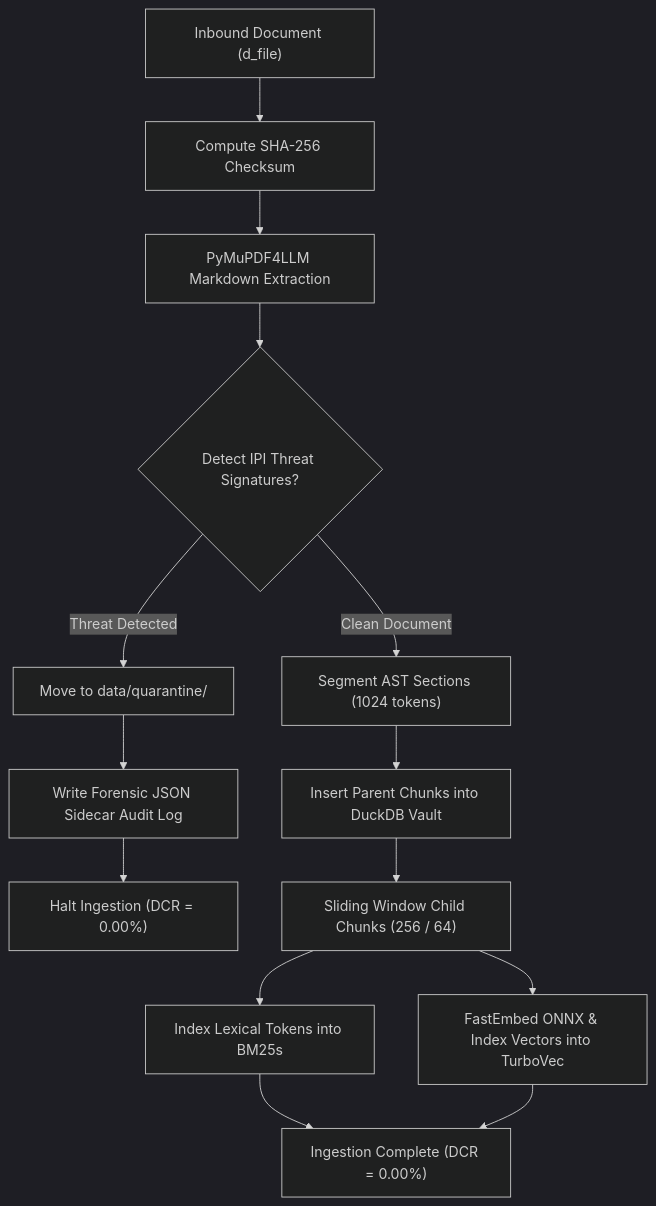
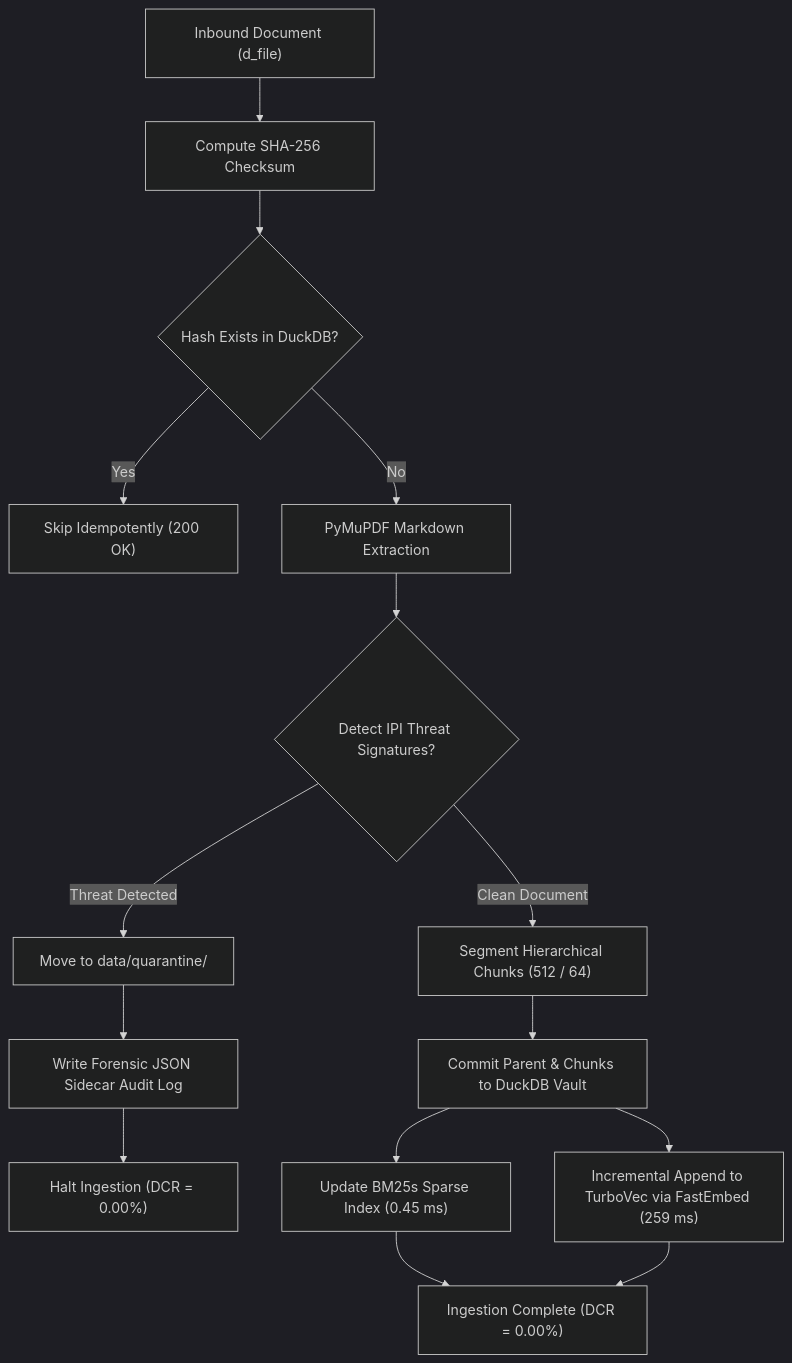
Before and after one commit to uehera/RAGnarok: the second of 4 diagrams in notes/report/algorithm.md, drawn with Mermaid (dark theme). The commit also changed other lines of this file and 14 other files, not shown here.

Commit message:
docs: overhaul setup guide, architectural blueprints, research reports, and main README

````diff
--- a/notes/report/algorithm.md
+++ b/notes/report/algorithm.md
@@ -94,16 +102,17 @@
 ```mermaid
 flowchart TD
     A["Inbound Document (d_file)"] --> B["Compute SHA-256 Checksum"]
-    B --> C["PyMuPDF4LLM Markdown Extraction"]
-    C --> D{"Detect IPI Threat Signatures?"}
-    D -- "Threat Detected" --> E["Move to data/quarantine/"]
-    E --> F["Write Forensic JSON Sidecar Audit Log"]
-    F --> G["Halt Ingestion (DCR = 0.00%)"]
-    D -- "Clean Document" --> H["Segment AST Sections (1024 tokens)"]
-    H --> I["Insert Parent Chunks into DuckDB Vault"]
-    I --> J["Sliding Window Child Chunks (256 / 64)"]
-    J --> K["Index Lexical Tokens into BM25s"]
-    J --> L["FastEmbed ONNX & Index Vectors into TurboVec"]
-    K --> M["Ingestion Complete (DCR = 0.00%)"]
-    L --> M
+    B --> C{"Hash Exists in DuckDB?"}
+    C -- "Yes" --> D["Skip Idempotently (200 OK)"]
+    C -- "No" --> E["PyMuPDF Markdown Extraction"]
+    E --> F{"Detect IPI Threat Signatures?"}
+    F -- "Threat Detected" --> G["Move to data/quarantine/"]
+    G --> H["Write Forensic JSON Sidecar Audit Log"]
+    H --> I["Halt Ingestion (DCR = 0.00%)"]
+    F -- "Clean Document" --> J["Segment Hierarchical Chunks (512 / 64)"]
+    J --> K["Commit Parent & Chunks to DuckDB Vault"]
+    K --> L["Update BM25s Sparse Index (0.45 ms)"]
+    K --> M["Incremental Append to TurboVec via FastEmbed (259 ms)"]
+    L --> N["Ingestion Complete (DCR = 0.00%)"]
+    M --> N
 ```
````
